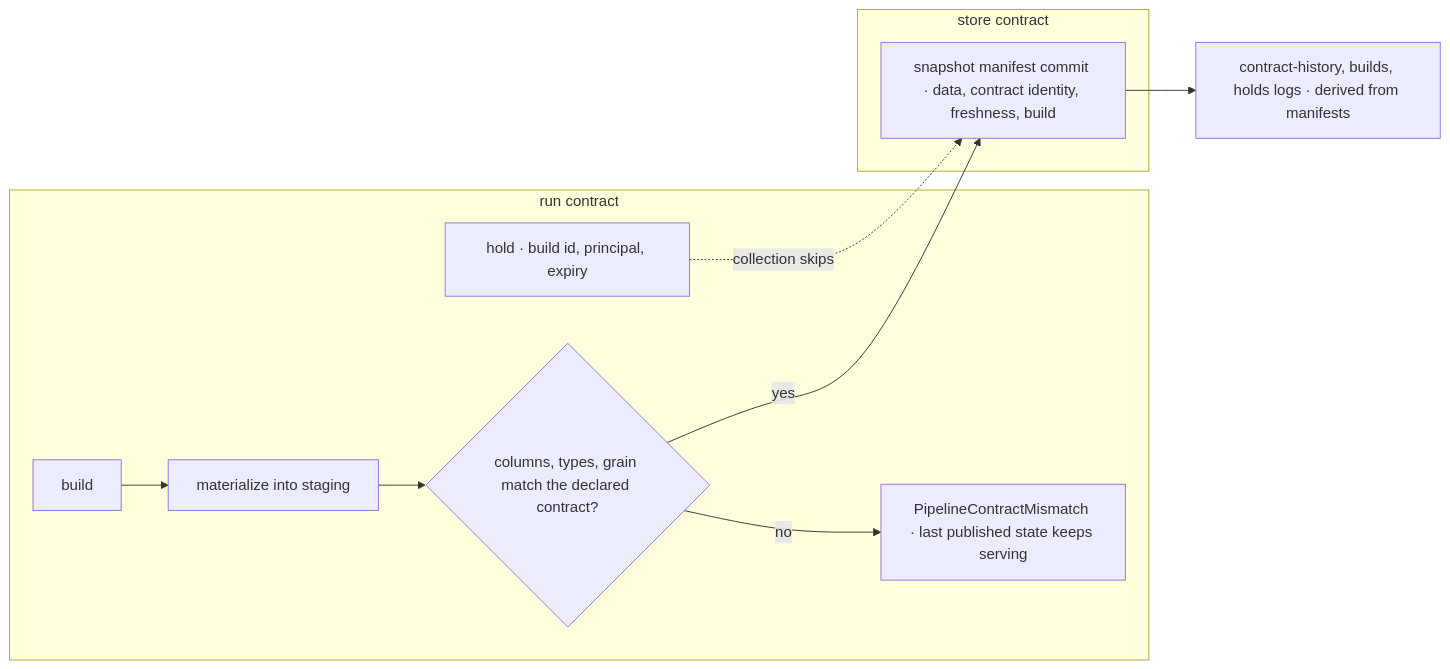
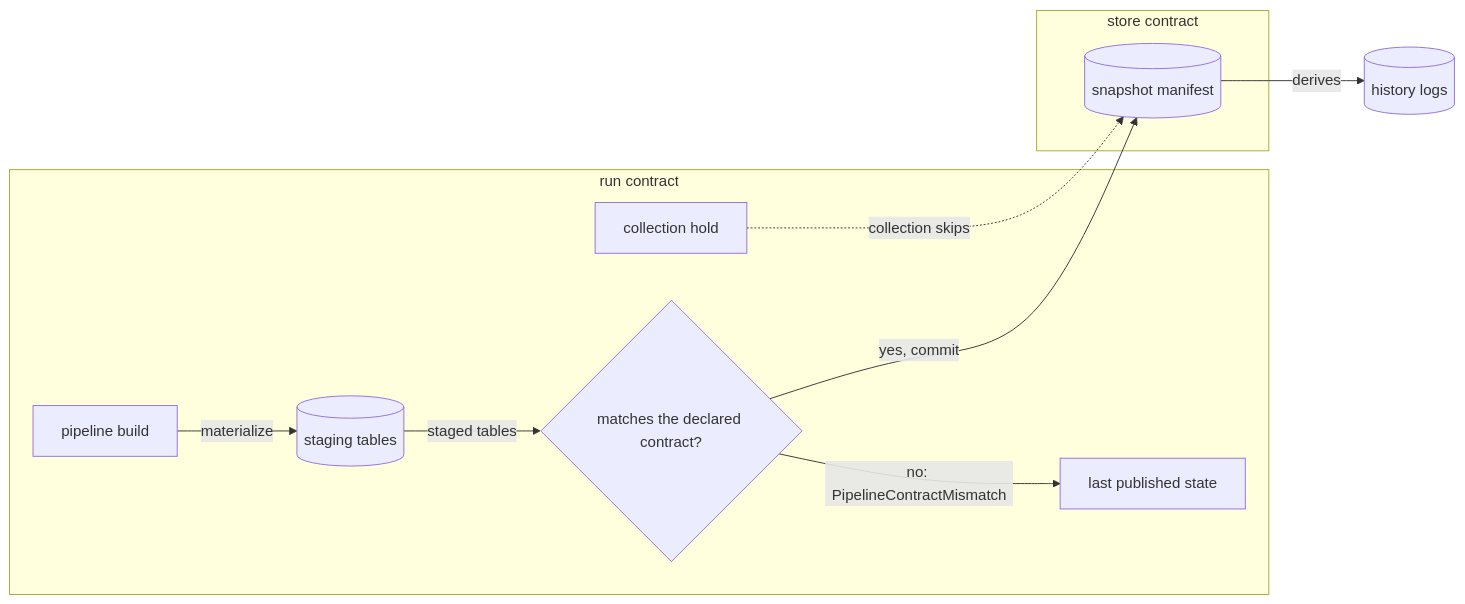
Before and after one commit to fractalboxdev/contextful: the fourth of 4 diagrams in spec/31-pipeline.md, drawn with Mermaid. The commit also changed other lines of this file and 44 other files, not shown here.

First line of the commit message:
spec: diagrams draw entities and flows, and the checker enforces it (#12)

````diff
--- a/spec/31-pipeline.md
+++ b/spec/31-pipeline.md
@@ -280,15 +276,15 @@
 ```mermaid
 flowchart LR
   subgraph RUNC["run contract"]
-    B["build"] --> ST["materialize into staging"]
-    ST --> CK{"columns, types, grain match the declared contract?"}
-    CK -->|no| REF["PipelineContractMismatch · last published state keeps serving"]
-    HOLD["hold · build id, principal, expiry"]
+    B["pipeline build"] -->|"materialize"| ST[("staging tables")]
+    ST -->|"staged tables"| CK{"matches the declared contract?"}
+    CK -->|"no: PipelineContractMismatch"| KEEP["last published state"]
+    HOLD["collection hold"]
   end
   subgraph STORE["store contract"]
-    MC["snapshot manifest commit · data, contract identity, freshness, build"]
+    MC[("snapshot manifest")]
   end
-  CK -->|yes| MC
-  MC --> LOGS["contract-history, builds, holds logs · derived from manifests"]
+  CK -->|"yes, commit"| MC
+  MC -->|"derives"| LOGS[("history logs")]
   HOLD -.->|"collection skips"| MC
 ```
````
